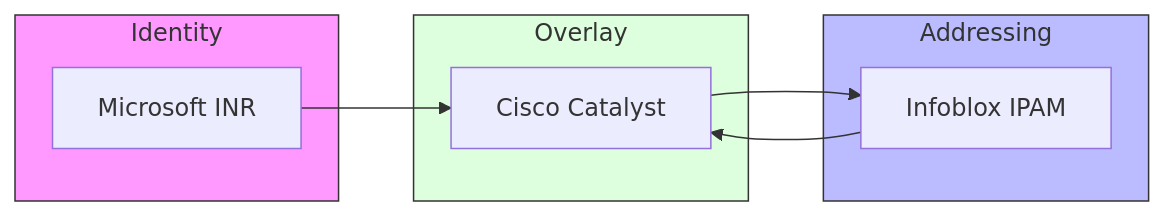
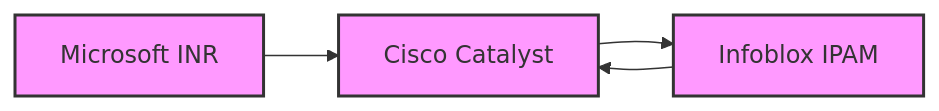
Before and after one commit to WhalerMike/uiao: the second of 12 diagrams in diagram-review.md, drawn with Mermaid.

Commit message:
Stress test Diagram 2: classDef styling (passed)
Removed subgraphs for Identity, Addressing, and Overlay from the diagram. Updated styles and class definitions for a cleaner representation.

````diff
--- a/diagram-review.md
+++ b/diagram-review.md
@@ -22,18 +22,10 @@
 ```mermaid
 graph LR
-    subgraph Identity
-        INR[Microsoft INR]
-    end
-    subgraph Addressing
-        IB[Infoblox IPAM]
-    end
-    subgraph Overlay
-        CAT[Cisco Catalyst]
-    end
+    classDef stack fill:#f9f,stroke:#333,stroke-width:2px;
+    INR[Microsoft INR]:::stack
+    IB[Infoblox IPAM]:::stack
+    CAT[Cisco Catalyst]:::stack
     INR --> CAT
     IB --> CAT
     CAT --> IB
-    style Identity fill:#f9f,stroke:#333
-    style Addressing fill:#bbf,stroke:#333
-    style Overlay fill:#dfd,stroke:#333
 ```
````
